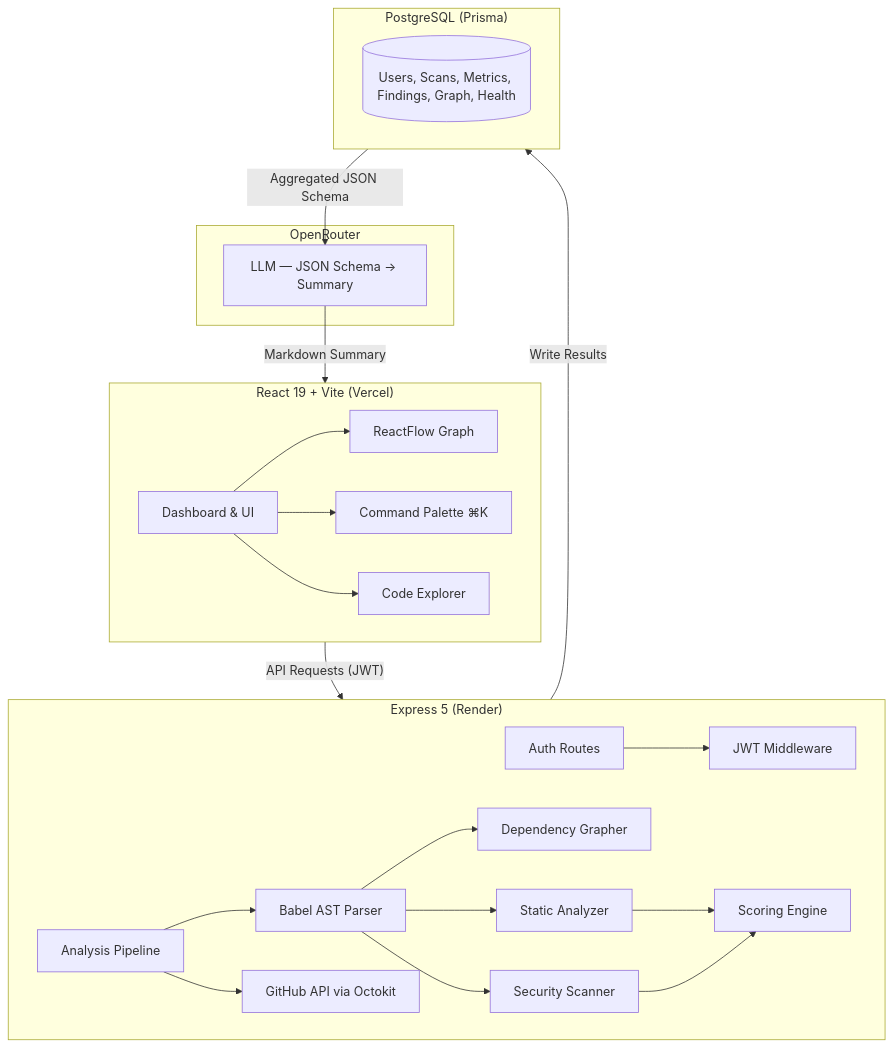
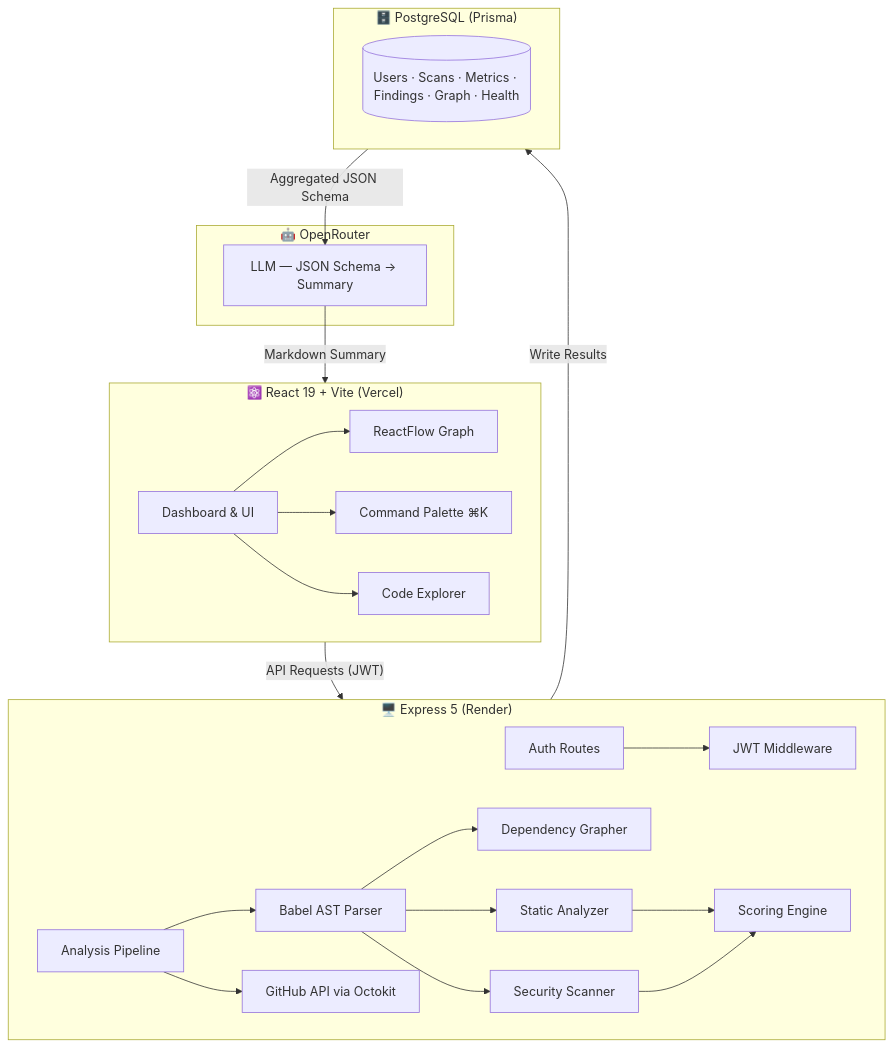
One commit to adtshrm007/adtshrm007 changed the diagram in README.md. Above: the diagram before and after it, drawn with Mermaid. The commit also changed other lines of this file, not shown here.

````diff
--- a/README.md
+++ b/README.md
@@ -167,32 +174,32 @@
 ```mermaid
 graph TD
-    subgraph Client ["React 19 + Vite (Vercel)"]
+    subgraph Client ["⚛️ React 19 + Vite  (Vercel)"]
         A[Dashboard & UI] --> B[ReactFlow Graph]
         A --> C[Command Palette ⌘K]
         A --> D[Code Explorer]
     end
 
-    subgraph Server ["Express 5 (Render)"]
+    subgraph Server ["🖥️ Express 5  (Render)"]
         E[Auth Routes] --> F[JWT Middleware]
         G[Analysis Pipeline] --> H[Babel AST Parser]
         H --> I[Dependency Grapher]
         H --> J[Static Analyzer]
         H --> K[Security Scanner]
         J --> L[Scoring Engine]
         K --> L
         G --> M[GitHub API via Octokit]
     end
 
-    subgraph AI ["OpenRouter"]
+    subgraph AI ["🤖 OpenRouter"]
         N[LLM — JSON Schema → Summary]
     end
 
-    subgraph DB ["PostgreSQL (Prisma)"]
-        O[(Users, Scans, Metrics, Findings, Graph, Health)]
+    subgraph DB ["🗄️ PostgreSQL  (Prisma)"]
+        O[(Users · Scans · Metrics · Findings · Graph · Health)]
     end
 
     Client -- "API Requests (JWT)" --> Server
     Server -- "Write Results" --> DB
     DB -- "Aggregated JSON Schema" --> N
     N -- "Markdown Summary" --> Client
 ```
````
